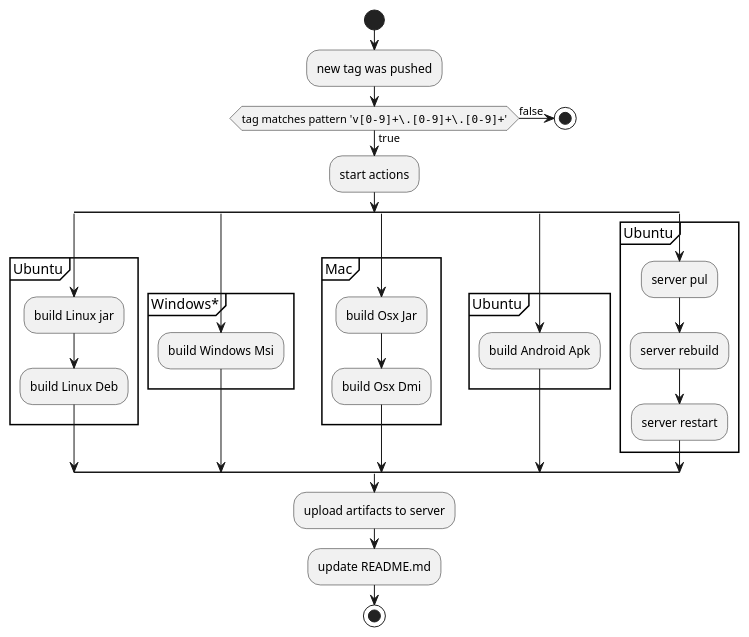
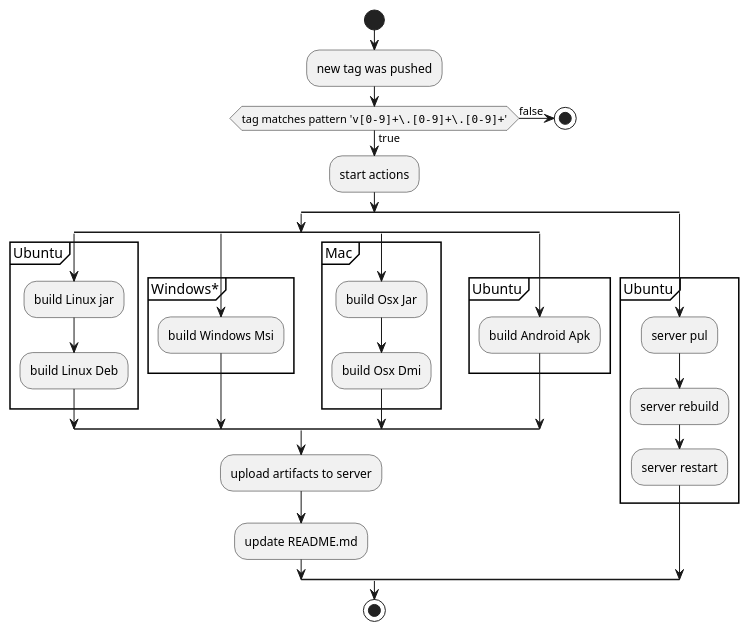
Before and after one commit to SaschaZ/KotlinMpChatDemo: the diagram in doc/puml/Deployment.puml, drawn with PlantUML. The commit also changed 2 other files, not shown here.

```diff
--- a/doc/puml/Deployment.puml
+++ b/doc/puml/Deployment.puml
@@ -1,42 +1,44 @@
 @startuml
 'https://plantuml.com/activity-diagram-beta
 
 start
 :new tag was pushed;
 if (tag matches pattern '""v[0-9]+\.[0-9]+\.[0-9]+""') then (true)
     :start actions;
-    split
-        partition Ubuntu {
-            :build Linux jar;
-            :build Linux Deb;
-        }
-    split again
-        partition Windows* {
-            :build Windows Msi;
-        }
-    split again
-        partition Mac {
-            :build Osx Jar;
-            :build Osx Dmi;
-        }
-    split again
-        partition Ubuntu {
-            :build Android Apk;
-        }
-    split again
-        partition Ubuntu {
-            :server pul;
-            :server rebuild;
-            :server restart;
-        }
+        split
+            split
+                partition Ubuntu {
+                    :build Linux jar;
+                    :build Linux Deb;
+                }
+            split again
+                partition Windows* {
+                    :build Windows Msi;
+                }
+            split again
+                partition Mac {
+                    :build Osx Jar;
+                    :build Osx Dmi;
+                }
+            split again
+                partition Ubuntu {
+                    :build Android Apk;
+                }
+        end split
+        :upload artifacts to server;
+        :update README.md;
+        split again
+            partition Ubuntu {
+                :server pul;
+                :server rebuild;
+                :server restart;
+            }
     end split
-    :upload artifacts to server;
-    :update README.md;
 else (false)
     stop
 endif
 
 
 stop
 
 @enduml
```
